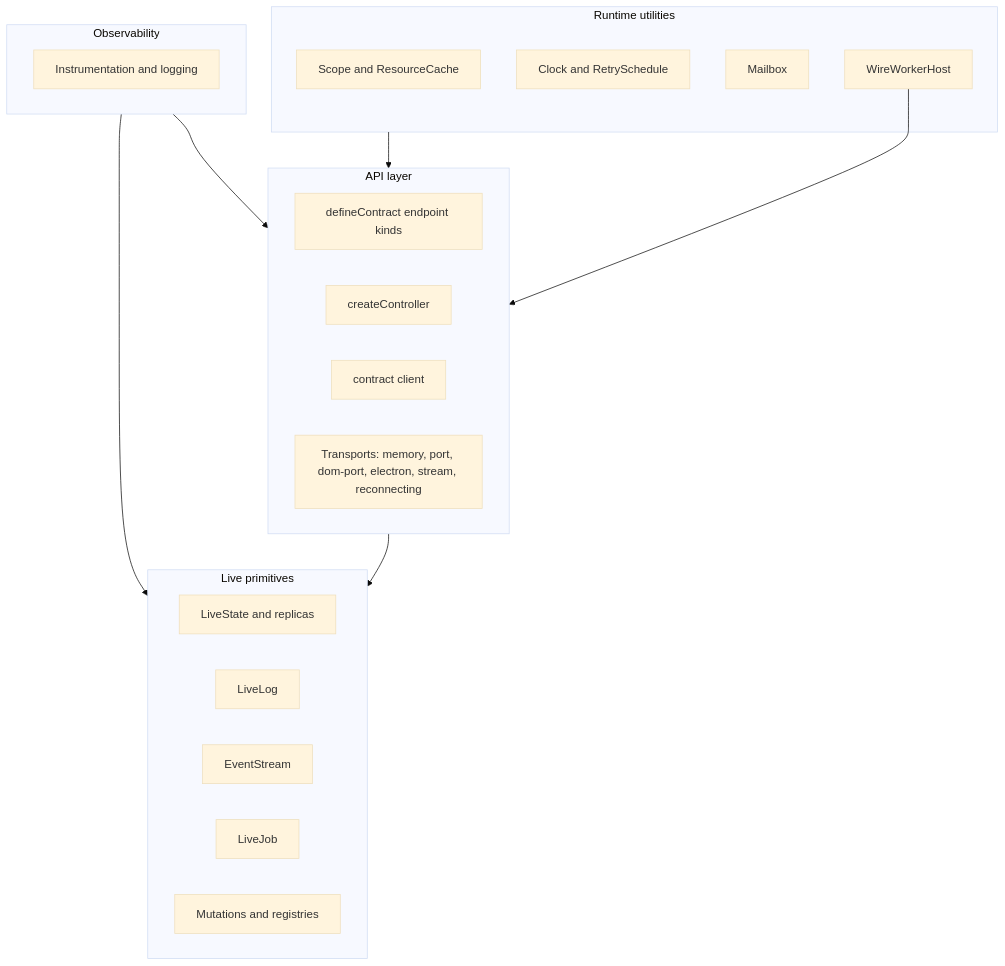
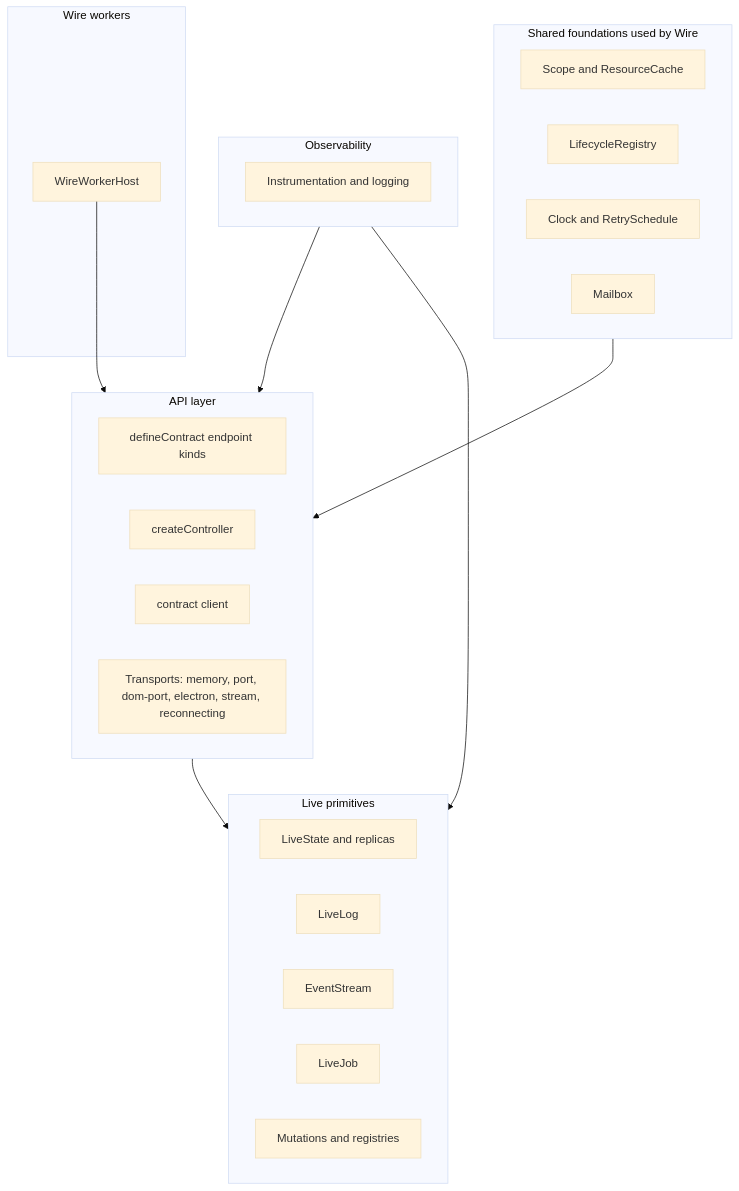
Before and after one commit to generalaction/emdash: the diagram in packages/wire/docs/README.md, drawn with Mermaid (base theme). The commit also changed other lines of this file and 183 other files, not shown here.

Commit message:
chore: cleanup wire and shared

````diff
--- a/packages/wire/docs/README.md
+++ b/packages/wire/docs/README.md
@@ -9,29 +10,32 @@
 ```mermaid
 flowchart TB
-  subgraph runtime [Runtime utilities]
+  subgraph shared [Shared foundations used by Wire]
     scope[Scope and ResourceCache]
+    registry[LifecycleRegistry]
     scheduling[Clock and RetrySchedule]
     mailbox[Mailbox]
-    workerHost[WireWorkerHost]
   end
   subgraph api [API layer]
     contracts[defineContract endpoint kinds]
     controller[createController]
     client[contract client]
     transports[Transports: memory, port, dom-port, electron, stream, reconnecting]
   end
   subgraph live [Live primitives]
     model[LiveState and replicas]
     log[LiveLog]
     eventStream[EventStream]
     job[LiveJob]
     mutations[Mutations and registries]
   end
   subgraph observability [Observability]
     instrumentation[Instrumentation and logging]
   end
-  runtime --> api --> live
+  subgraph workers [Wire workers]
+    workerHost[WireWorkerHost]
+  end
+  shared --> api --> live
   observability --> api
   observability --> live
   workerHost --> api
 ```
````
